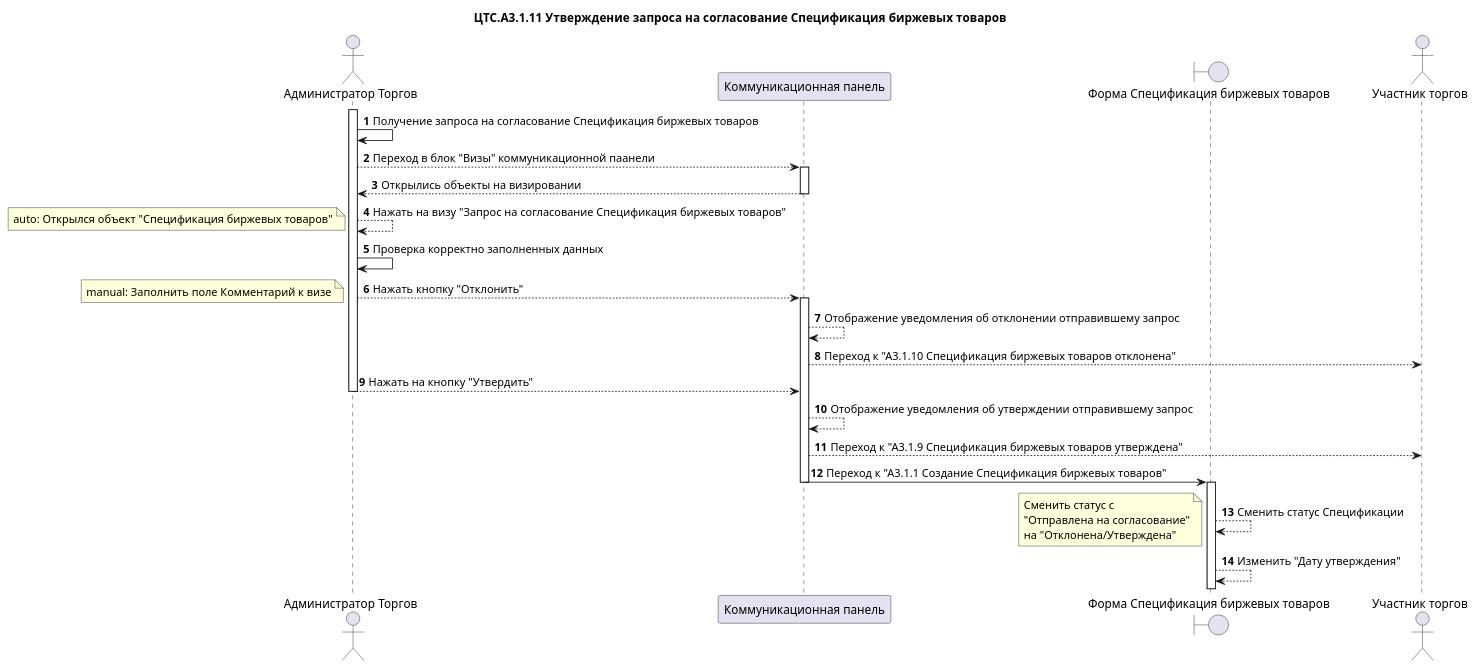
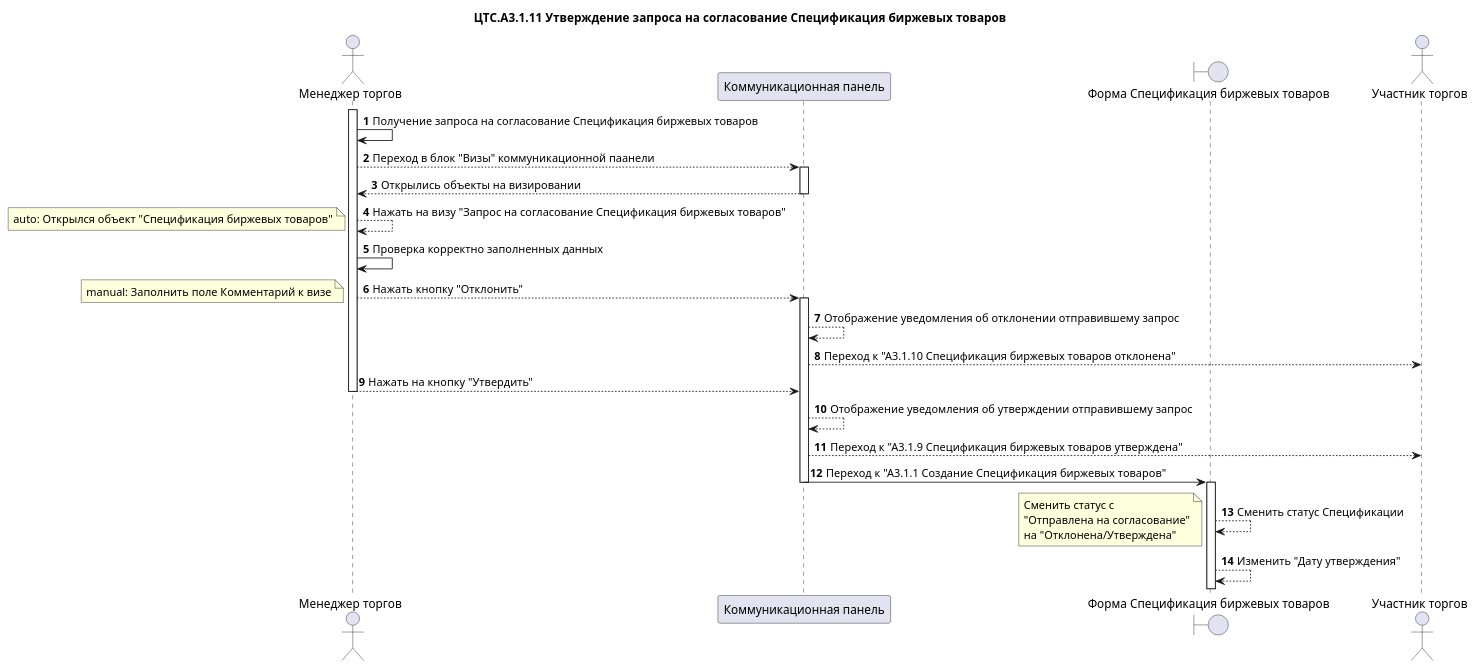
Before and after one commit to moaxmoaxpxrf4jag/CTS.Documentation: the diagram in Project solutions/БП. Диаграммы/A3.Управление Каталогом ТРУ/A3.1.Допуск товара к торгам/ЦТС.А3.1.11 Утверждение запроса на согласование Спецификация биржевых товаров.wsd, drawn with PlantUML. The commit also changed 6 other files, not shown here.

Commit message:
Роль Менеджер торгов

```diff
--- a/Project solutions/БП. Диаграммы/A3.Управление Каталогом ТРУ/A3.1.Допуск товара к торгам/ЦТС.А3.1.11 Утверждение запроса на согласование Спецификация биржевых товаров.wsd
+++ b/Project solutions/БП. Диаграммы/A3.Управление Каталогом ТРУ/A3.1.Допуск товара к торгам/ЦТС.А3.1.11 Утверждение запроса на согласование Спецификация биржевых товаров.wsd
@@ -1,53 +1,53 @@
 @startuml "ЦТС.А3.1 Допуск товара к торгам"
 title "ЦТС.А3.1.11 Утверждение запроса на согласование Спецификация биржевых товаров"
-actor "Администратор Торгов" as UserCTS
+actor "Менеджер торгов" as UserCTS
 participant "Коммуникационная панель" as CommunicationPanel
 boundary "Форма Спецификация биржевых товаров" as Specification
 actor "Участник торгов" as User
 
 autonumber
 
 activate UserCTS
 UserCTS->UserCTS: Получение запроса на согласование Спецификация биржевых товаров
 
 
 UserCTS-->CommunicationPanel: Переход в блок "Визы" коммуникационной паанели
 activate CommunicationPanel
 CommunicationPanel-->UserCTS: Открылись объекты на визировании
 deactivate CommunicationPanel
 UserCTS-->UserCTS: Нажать на визу "Запрос на согласование Спецификация биржевых товаров"
 
 note left
  auto: Открылся объект "Спецификация биржевых товаров"
 end note 
 
 UserCTS->UserCTS: Проверка корректно заполненных данных
 
         UserCTS-->CommunicationPanel: Нажать кнопку "Отклонить"
     note left
          manual: Заполнить поле Комментарий к визе
     end note
     activate CommunicationPanel
 
 CommunicationPanel-->CommunicationPanel: Отображение уведомления об отклонении отправившему запрос
 
 CommunicationPanel-->User: Переход к "А3.1.10 Спецификация биржевых товаров отклонена"
 
 UserCTS-->CommunicationPanel: Нажать на кнопку "Утвердить"
 deactivate UserCTS
 CommunicationPanel-->CommunicationPanel: Отображение уведомления об утверждении отправившему запрос
 deactivate UserCTS
 CommunicationPanel-->User: Переход к "А3.1.9 Спецификация биржевых товаров утверждена"
 
 CommunicationPanel->Specification: Переход к "А3.1.1 Создание Спецификация биржевых товаров"
 deactivate CommunicationPanel
 activate Specification
 Specification-->Specification: Сменить статус Спецификации
 note left
     Сменить статус с
     "Отправлена на согласование"
     на "Отклонена/Утверждена"
 end note
 Specification-->Specification: Изменить "Дату утверждения"
 
 @enduml
```
